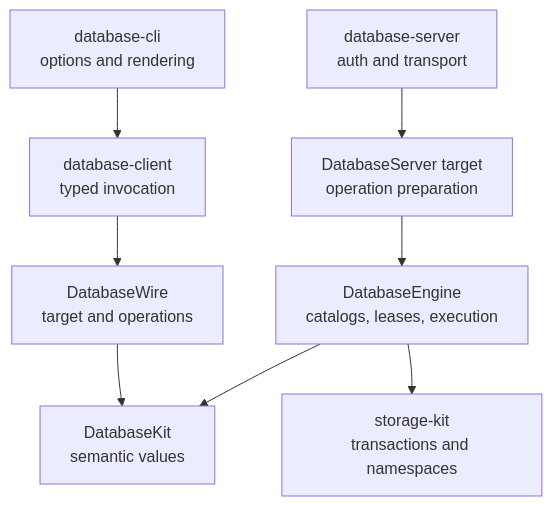
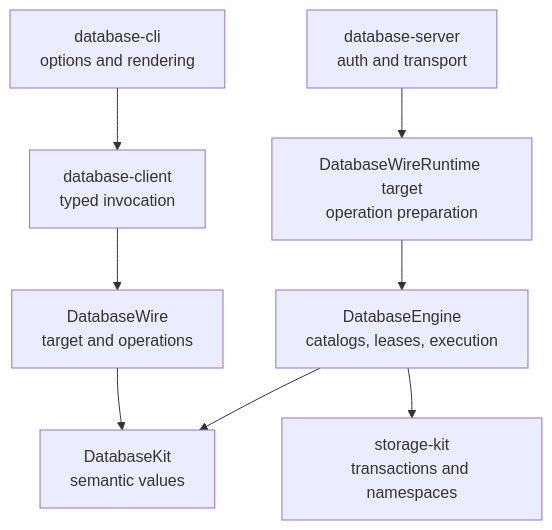
Before and after one commit to 1amageek/database-framework: the second of 6 diagrams in docs/base-composition-implementation-design.md, drawn with Mermaid. The commit also changed other lines of this file and 733 other files, not shown here.

````diff
--- a/docs/base-composition-implementation-design.md
+++ b/docs/base-composition-implementation-design.md
@@ -205,11 +205,11 @@
 ```mermaid
 flowchart TB
     CLI["database-cli<br/>options and rendering"] --> Client["database-client<br/>typed invocation"]
     Client --> Wire["DatabaseWire<br/>target and operations"]
     Wire --> Kit["DatabaseKit<br/>semantic values"]
 
-    Host["database-server<br/>auth and transport"] --> Server["DatabaseServer target<br/>operation preparation"]
+    Host["database-server<br/>auth and transport"] --> Server["DatabaseWireRuntime target<br/>operation preparation"]
     Server --> Engine["DatabaseEngine<br/>catalogs, leases, execution"]
     Engine --> Kit
     Engine --> Storage["storage-kit<br/>transactions and namespaces"]
 ```
````
